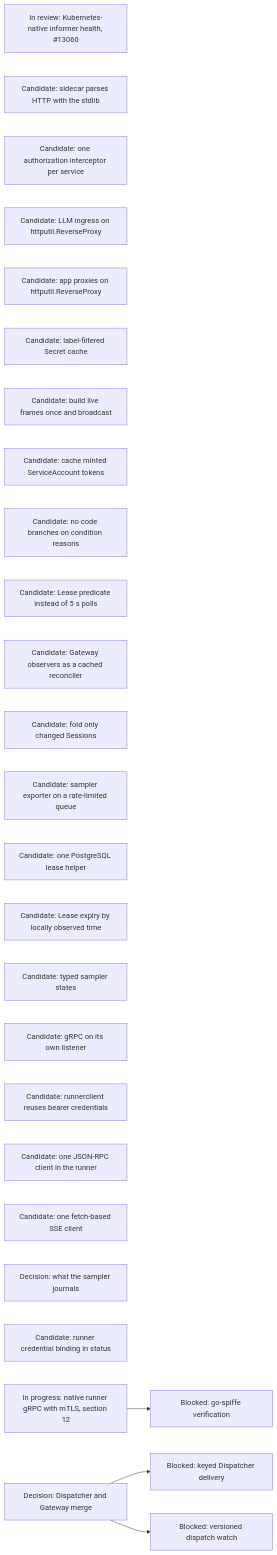
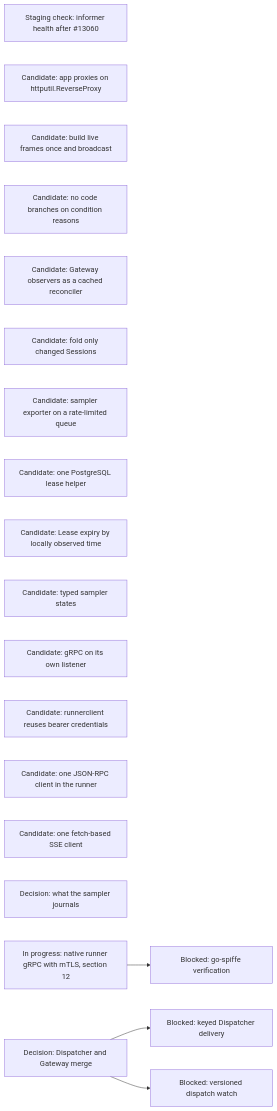
Diagram 18 of 18 in agentplane/plans/task_dag.md (agentydragon/ducktape), drawn with Mermaid before and after one commit. The commit also changed other lines of this file and 2 other files, not shown here.

````diff
--- a/agentplane/plans/task_dag.md
+++ b/agentplane/plans/task_dag.md
@@ -2010,28 +2010,21 @@
 ```mermaid
 flowchart LR
-    KUBERNETES_NATIVE_WATCH_HEALTH[In review: Kubernetes-native informer health, #13060]
-    EGRESS_SIDECAR_STDLIB_HTTP[Candidate: sidecar parses HTTP with the stdlib]
-    GRPC_AUTH_INTERCEPTORS[Candidate: one authorization interceptor per service]
-    LLM_INGRESS_REVERSE_PROXY[Candidate: LLM ingress on httputil.ReverseProxy]
+    KUBERNETES_NATIVE_WATCH_HEALTH[Staging check: informer health after #13060]
     APP_PROXY_REVERSE_PROXY[Candidate: app proxies on httputil.ReverseProxy]
-    SANDBOX_CONTROLLER_SECRET_CACHE[Candidate: label-filtered Secret cache]
     APP_LIVE_FRAME_BROADCAST[Candidate: build live frames once and broadcast]
-    MCP_EDGE_TOKEN_CACHE[Candidate: cache minted ServiceAccount tokens]
     CONDITION_REASONS_NOT_STATE[Candidate: no code branches on condition reasons]
-    SANDBOX_LEASE_PREDICATE[Candidate: Lease predicate instead of 5 s polls]
     GATEWAY_OBSERVER_RECONCILER[Candidate: Gateway observers as a cached reconciler]
     HISTORY_FOLD_DIRTY_QUEUE[Candidate: fold only changed Sessions]
     SAMPLER_EXPORTER_WORKQUEUE[Candidate: sampler exporter on a rate-limited queue]
     POSTGRES_LEASE_HELPER[Candidate: one PostgreSQL lease helper]
     LEASE_OBSERVED_TIME[Candidate: Lease expiry by locally observed time]
     SAMPLER_TYPED_STATE[Candidate: typed sampler states]
     GRPC_NATIVE_LISTENER[Candidate: gRPC on its own listener]
     RUNNERCLIENT_PER_RPC_CREDENTIALS[Candidate: runnerclient reuses bearer credentials]
     RUNNER_JSONRPC[Candidate: one JSON-RPC client in the runner]
     FRONTEND_SSE_CLIENT[Candidate: one fetch-based SSE client]
     SAMPLER_JOURNAL_DIET[Decision: what the sampler journals]
-    CREDENTIAL_BINDING_STATUS[Candidate: runner credential binding in status]
     RUNNER_CONTROL_TRANSPORT_DESIGN[In progress: native runner gRPC with mTLS, section 12] --> RUNNER_MTLS_GO_SPIFFE[Blocked: go-spiffe verification]
     DISPATCHER_PERSISTENCE_MODEL_DESIGN[Decision: Dispatcher and Gateway merge] --> DISPATCHER_KEYED_DELIVERY[Blocked: keyed Dispatcher delivery]
     DISPATCHER_PERSISTENCE_MODEL_DESIGN --> DISPATCHER_WATCH_VERSIONS[Blocked: versioned dispatch watch]
 ```
````
